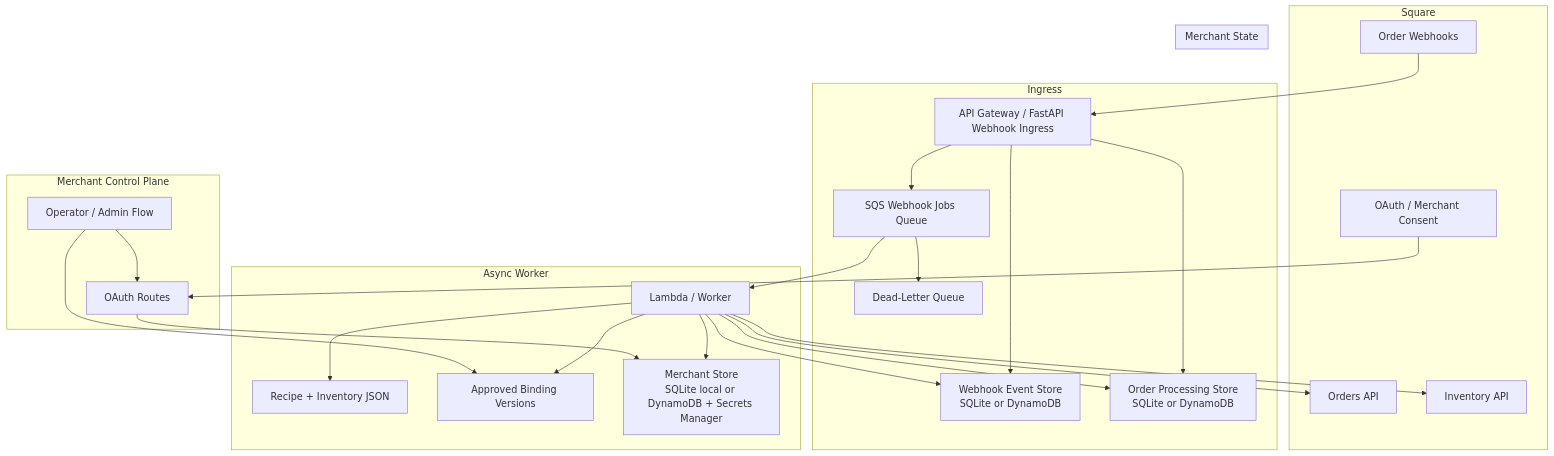
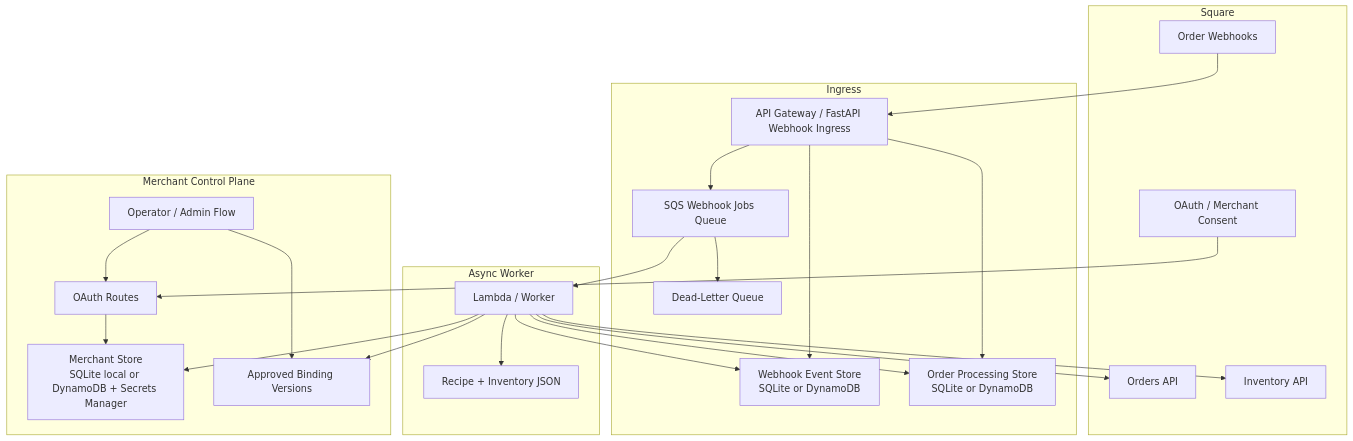
Before and after one commit to b1luu/mosa-tea-inventory-automation: the first of 2 diagrams in README.md, drawn with Mermaid.

Commit message:
Fix Mermaid node reuse in README architecture diagram

````diff
--- a/README.md
+++ b/README.md
@@ -9,44 +9,47 @@
 ```mermaid
 flowchart TD
     subgraph Square["Square"]
         SW[Order Webhooks]
         SO[Orders API]
         SI[Inventory API]
         SA[OAuth / Merchant Consent]
     end
 
     subgraph Edge["Ingress"]
         API[API Gateway / FastAPI Webhook Ingress]
-        API --> WE[Webhook Event Store<br/>SQLite or DynamoDB]
-        API --> OP[Order Processing Store<br/>SQLite or DynamoDB]
-        API --> Q[SQS Webhook Jobs Queue]
-        Q --> DLQ[Dead-Letter Queue]
+        WE[Webhook Event Store<br/>SQLite or DynamoDB]
+        OP[Order Processing Store<br/>SQLite or DynamoDB]
+        Q[SQS Webhook Jobs Queue]
+        DLQ[Dead-Letter Queue]
     end
 
     subgraph Worker["Async Worker"]
         W[Lambda / Worker]
-        W --> SO
-        W --> CFG[Recipe + Inventory JSON]
-        W --> BIND[Merchant Catalog Binding]
-        W --> MC[Merchant Context + Auth]
-        W --> OP
-        W --> WE
-        W --> SI
+        CFG[Recipe + Inventory JSON]
     end
 
     subgraph MerchantControl["Merchant Control Plane"]
         O[Operator / Admin Flow]
-        O --> OR[OAuth Routes]
-        SA --> OR
-        OR --> MC
-        O --> BIND
-    end
-
-    subgraph MerchantState["Merchant State"]
-        MC[Merchant Store<br/>SQLite local or DynamoDB + Secrets Manager]
-        BIND[Approved Binding Versions]
+        OR[OAuth Routes]
+        MS[Merchant Store<br/>SQLite local or DynamoDB + Secrets Manager]
+        MB[Approved Binding Versions]
     end
 
     SW --> API
+    API --> WE
+    API --> OP
+    API --> Q
     Q --> W
+    Q --> DLQ
+    W --> SO
+    W --> CFG
+    W --> MS
+    W --> MB
+    W --> OP
+    W --> WE
+    W --> SI
+    O --> OR
+    SA --> OR
+    OR --> MS
+    O --> MB
 ```
````
